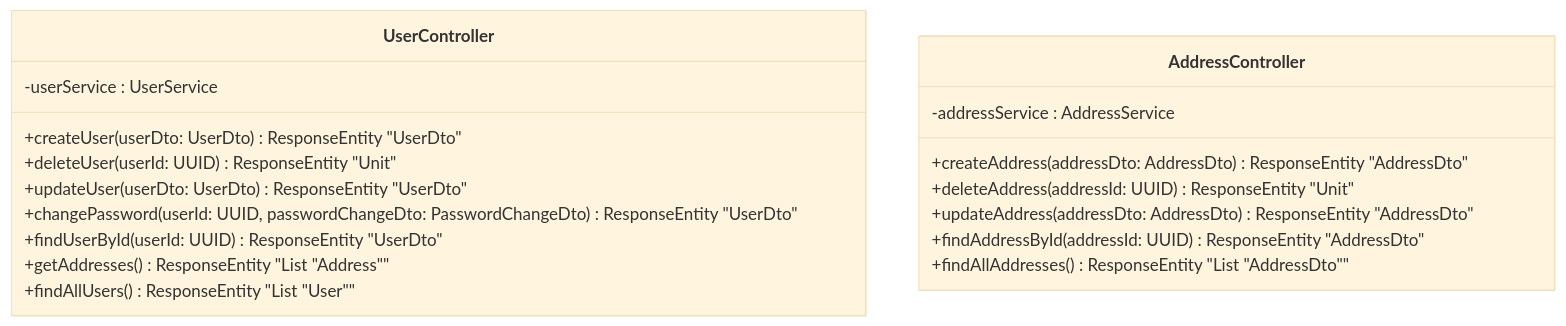
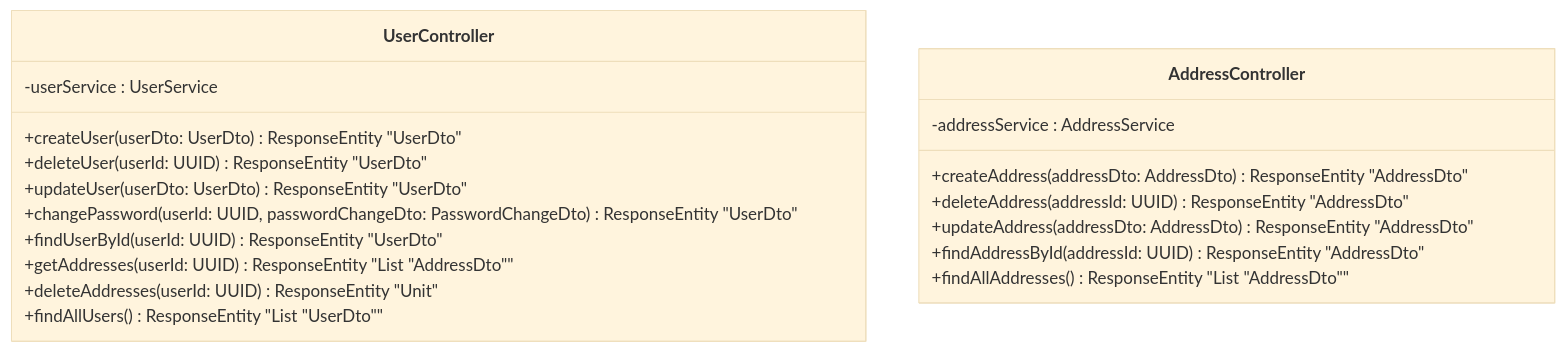
The sixth of 6 diagrams in documentation/user_management_service/user_management_service.md (fruzsina-banyai/webshop), drawn with Mermaid (base theme) before and after one commit. The commit also changed other lines of this file and 1 other file, not shown here.

First line of the commit message:
Update documentation for user management and product catalog (#14)

````diff
--- a/documentation/user_management_service/user_management_service.md
+++ b/documentation/user_management_service/user_management_service.md
@@ -82,21 +85,22 @@
 ```mermaid
 classDiagram
     class UserController {      
         -userService : UserService
         +createUser(userDto: UserDto) ResponseEntity "UserDto"
-        +deleteUser(userId: UUID) ResponseEntity "Unit"
+        +deleteUser(userId: UUID) ResponseEntity "UserDto"
         +updateUser(userDto: UserDto) ResponseEntity "UserDto"
         +changePassword(userId: UUID, passwordChangeDto: PasswordChangeDto) ResponseEntity "UserDto"
         +findUserById(userId: UUID) ResponseEntity "UserDto"
-        +getAddresses() ResponseEntity "List "Address""
-        +findAllUsers() ResponseEntity "List "User""
+        +getAddresses(userId: UUID) ResponseEntity "List "AddressDto""
+        +deleteAddresses(userId: UUID) ResponseEntity "Unit"
+        +findAllUsers() ResponseEntity "List "UserDto""
     }
     class AddressController { 
         -addressService : AddressService
         +createAddress(addressDto: AddressDto) ResponseEntity "AddressDto"
-        +deleteAddress(addressId: UUID) ResponseEntity "Unit"
+        +deleteAddress(addressId: UUID) ResponseEntity "AddressDto"
         +updateAddress(addressDto: AddressDto) ResponseEntity "AddressDto"
         +findAddressById(addressId: UUID) ResponseEntity "AddressDto"
         +findAllAddresses() ResponseEntity "List "AddressDto""
     }
 ```
````
